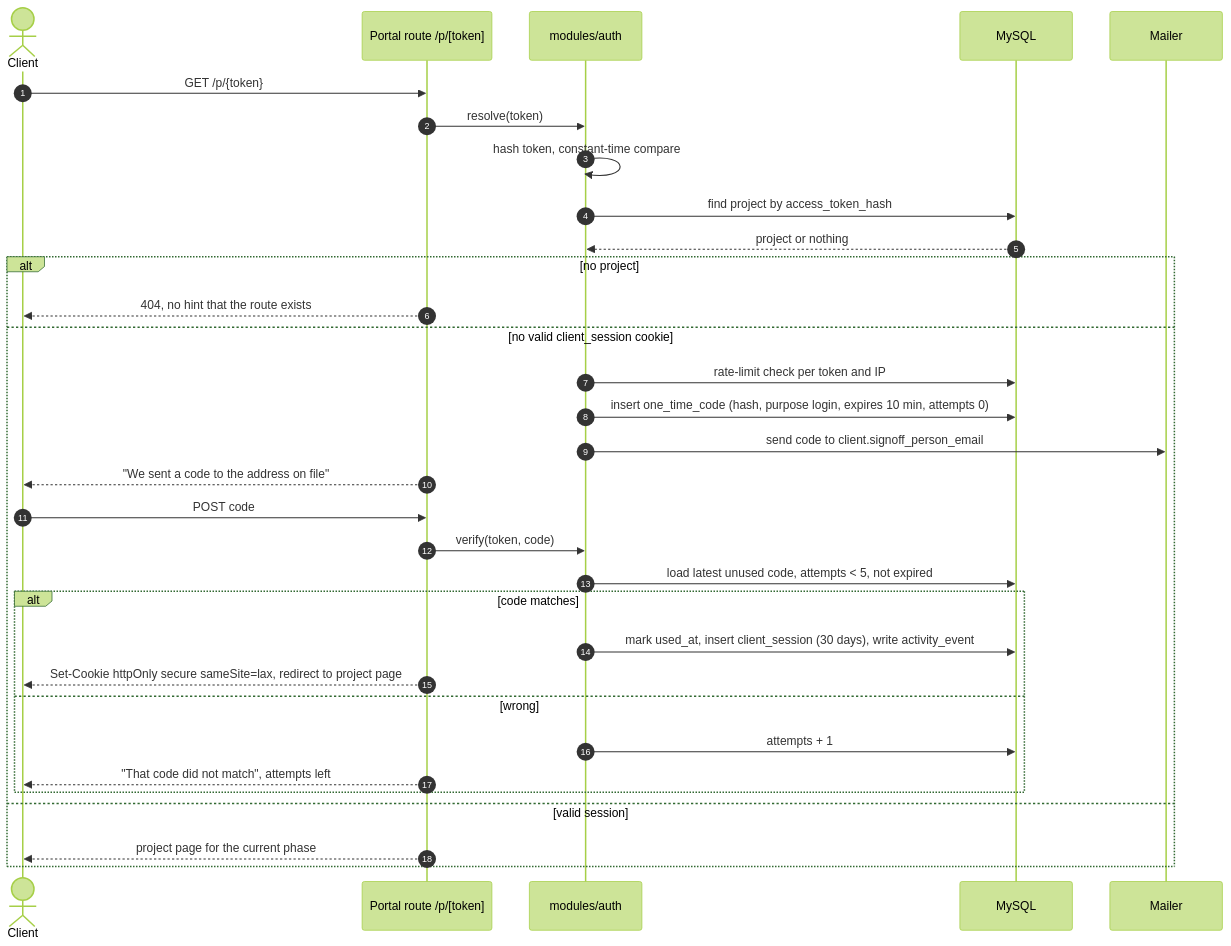
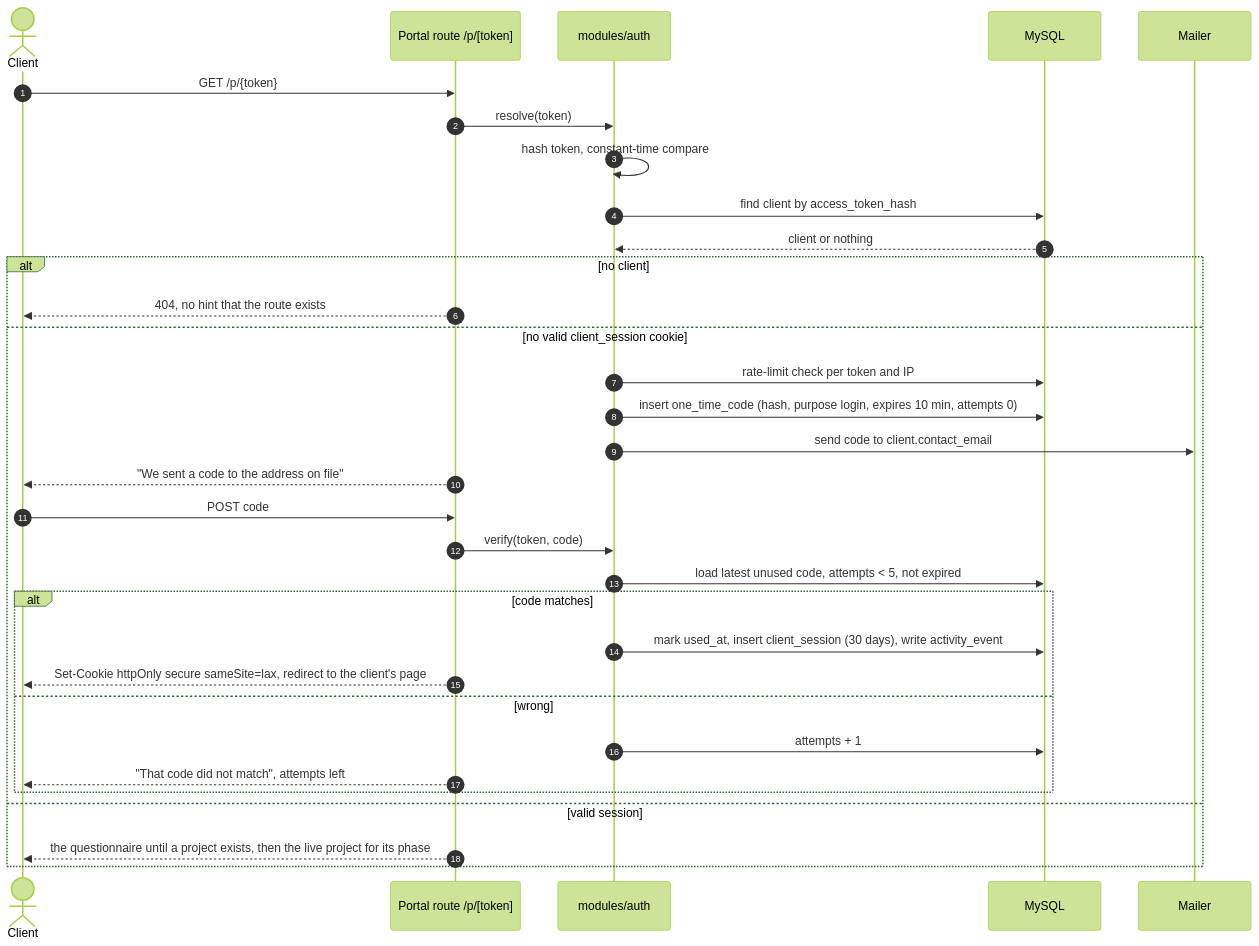
The first of 4 diagrams in docs/SEQUENCES.md (awtm-forge/portal), drawn with Mermaid (forest theme) before and after one commit. The commit also changed other lines of this file and 72 other files, not shown here.

````diff
--- a/docs/SEQUENCES.md
+++ b/docs/SEQUENCES.md
@@ -7,35 +7,35 @@
 ```mermaid
 sequenceDiagram
   autonumber
   actor C as Client
   participant App as Portal route /p/[token]
   participant Auth as modules/auth
   participant DB as MySQL
   participant Mail as Mailer
 
   C->>App: GET /p/{token}
   App->>Auth: resolve(token)
   Auth->>Auth: hash token, constant-time compare
-  Auth->>DB: find project by access_token_hash
-  DB-->>Auth: project or nothing
-  alt no project
+  Auth->>DB: find client by access_token_hash
+  DB-->>Auth: client or nothing
+  alt no client
     App-->>C: 404, no hint that the route exists
   else no valid client_session cookie
     Auth->>DB: rate-limit check per token and IP
     Auth->>DB: insert one_time_code (hash, purpose login, expires 10 min, attempts 0)
-    Auth->>Mail: send code to client.signoff_person_email
+    Auth->>Mail: send code to client.contact_email
     App-->>C: "We sent a code to the address on file"
     C->>App: POST code
     App->>Auth: verify(token, code)
     Auth->>DB: load latest unused code, attempts < 5, not expired
     alt code matches
       Auth->>DB: mark used_at, insert client_session (30 days), write activity_event
-      App-->>C: Set-Cookie httpOnly secure sameSite=lax, redirect to project page
+      App-->>C: Set-Cookie httpOnly secure sameSite=lax, redirect to the client's page
     else wrong
       Auth->>DB: attempts + 1
       App-->>C: "That code did not match", attempts left
     end
   else valid session
-    App-->>C: project page for the current phase
+    App-->>C: the questionnaire until a project exists, then the live project for its phase
   end
 ```
````
